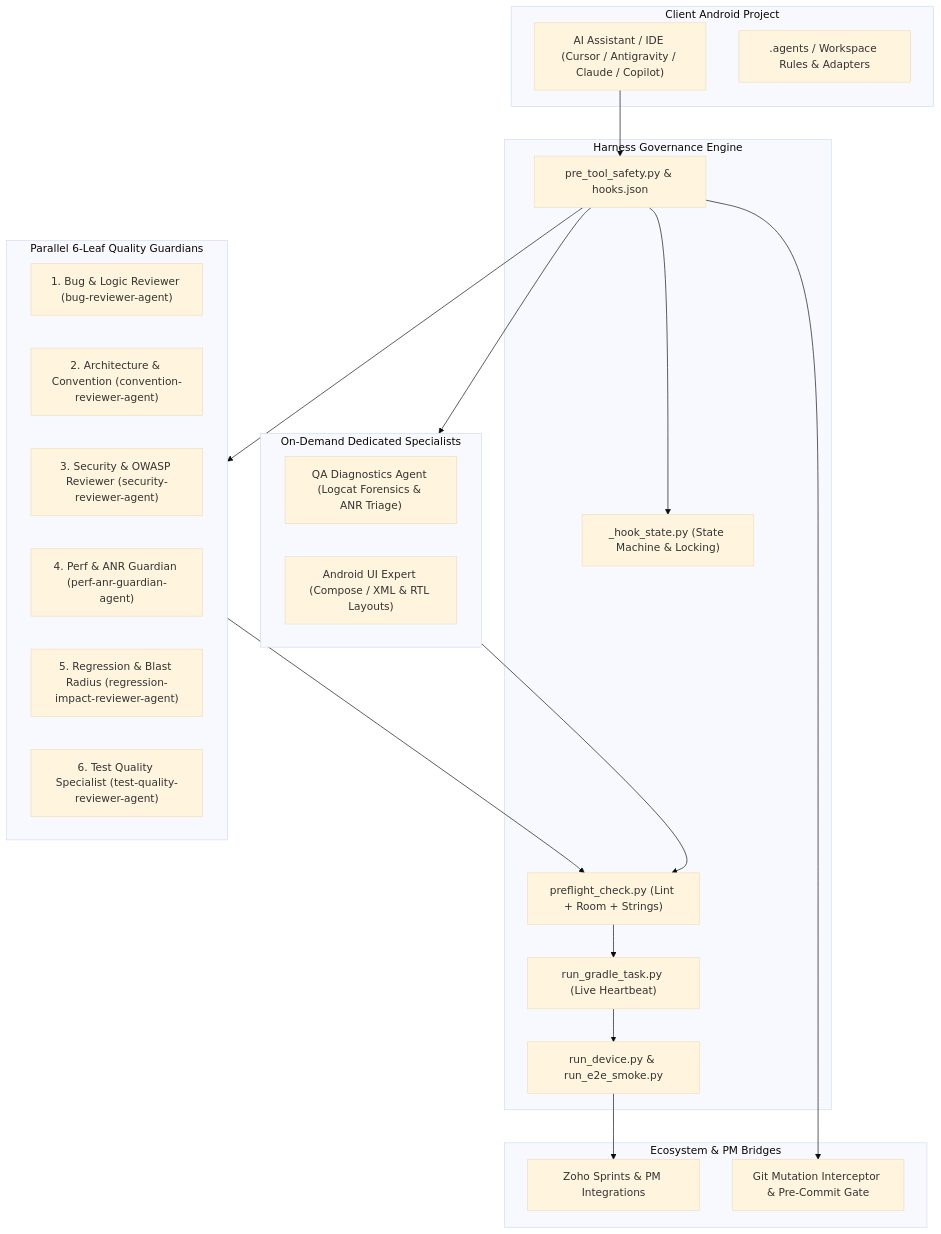
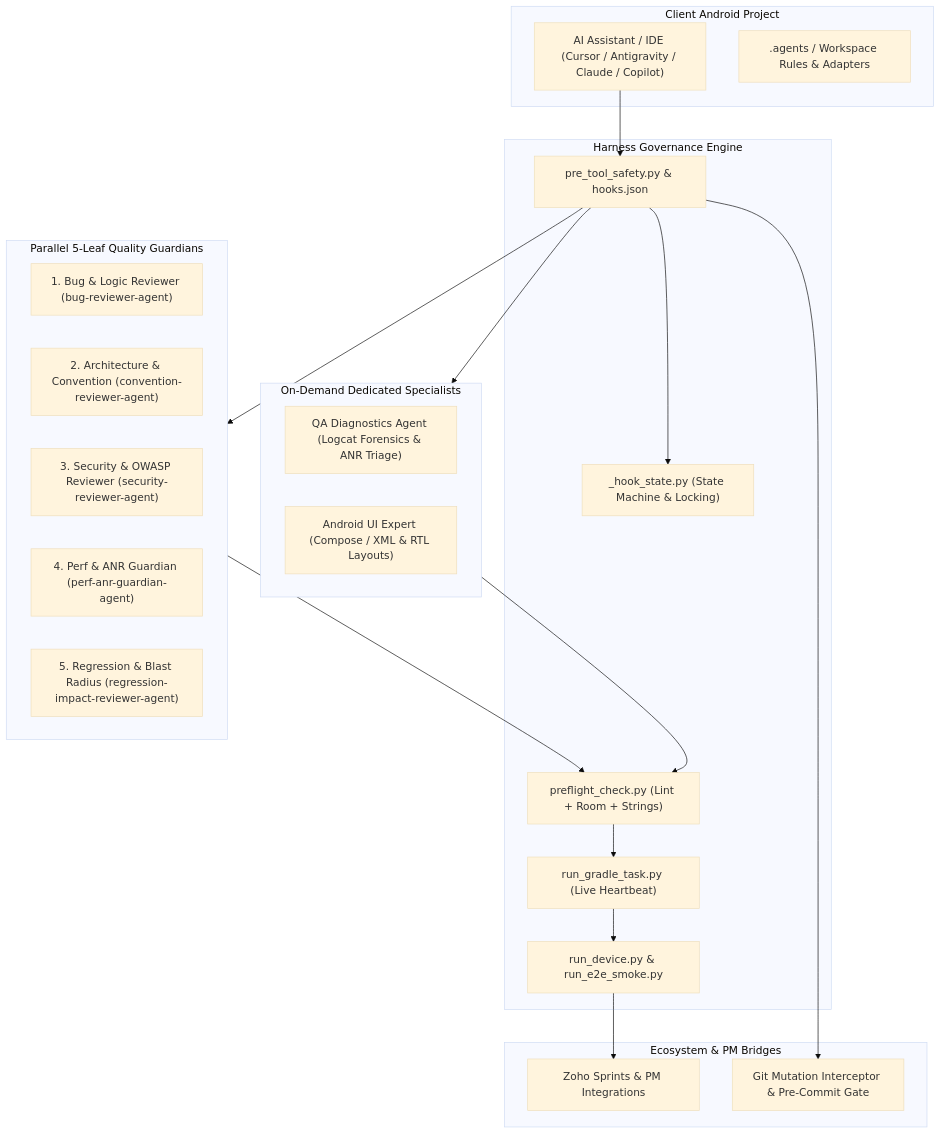
Before and after one commit to rabee-elkholy/android-agent-harness: the first of 2 diagrams in docs/architecture.md, drawn with Mermaid (base theme). The commit also changed 35 other files, not shown here.

````diff
--- a/docs/architecture.md
+++ b/docs/architecture.md
@@ -10,45 +10,44 @@
 ```mermaid
 graph TB
     subgraph Client ["Client Android Project"]
         IDE["AI Assistant / IDE (Cursor / Antigravity / Claude / Copilot)"]
         FS[".agents / Workspace Rules & Adapters"]
     end
 
     subgraph Governance ["Harness Governance Engine"]
         SafetyHooks["pre_tool_safety.py & hooks.json"]
         StateManager["_hook_state.py (State Machine & Locking)"]
         Preflight["preflight_check.py (Lint + Room + Strings)"]
         GradleStream["run_gradle_task.py (Live Heartbeat)"]
         DeviceRunner["run_device.py & run_e2e_smoke.py"]
     end
 
-    subgraph Reviewers ["Parallel 6-Leaf Quality Guardians"]
+    subgraph Reviewers ["Parallel 5-Leaf Quality Guardians"]
         R1["1. Bug & Logic Reviewer (bug-reviewer-agent)"]
         R2["2. Architecture & Convention (convention-reviewer-agent)"]
         R3["3. Security & OWASP Reviewer (security-reviewer-agent)"]
         R4["4. Perf & ANR Guardian (perf-anr-guardian-agent)"]
         R5["5. Regression & Blast Radius (regression-impact-reviewer-agent)"]
-        R6["6. Test Quality Specialist (test-quality-reviewer-agent)"]
     end
 
     subgraph Specialists ["On-Demand Dedicated Specialists"]
         S1["QA Diagnostics Agent (Logcat Forensics & ANR Triage)"]
         S2["Android UI Expert (Compose / XML & RTL Layouts)"]
     end
 
     subgraph Integrations ["Ecosystem & PM Bridges"]
         ZohoMCP["Zoho Sprints & PM Integrations"]
         GitGuard["Git Mutation Interceptor & Pre-Commit Gate"]
     end
 
     IDE --> SafetyHooks
     SafetyHooks --> StateManager
     SafetyHooks --> GitGuard
     SafetyHooks --> Reviewers
     SafetyHooks --> Specialists
     Reviewers --> Preflight
     Specialists --> Preflight
     Preflight --> GradleStream
     GradleStream --> DeviceRunner
     DeviceRunner --> ZohoMCP
 ```
````
